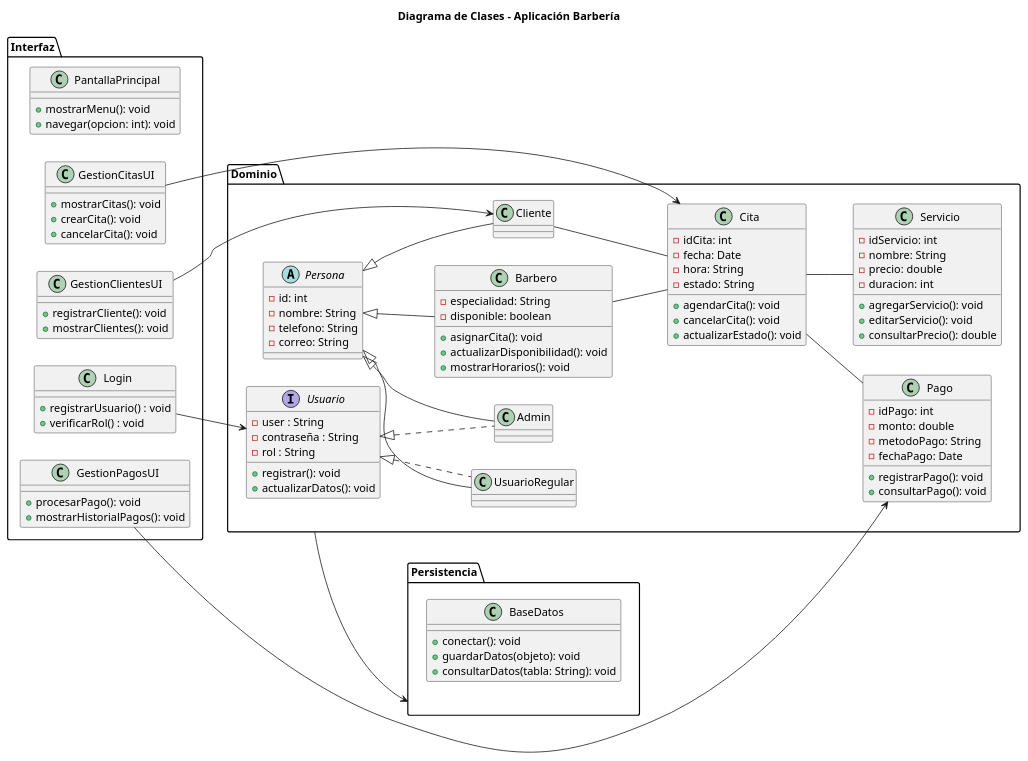
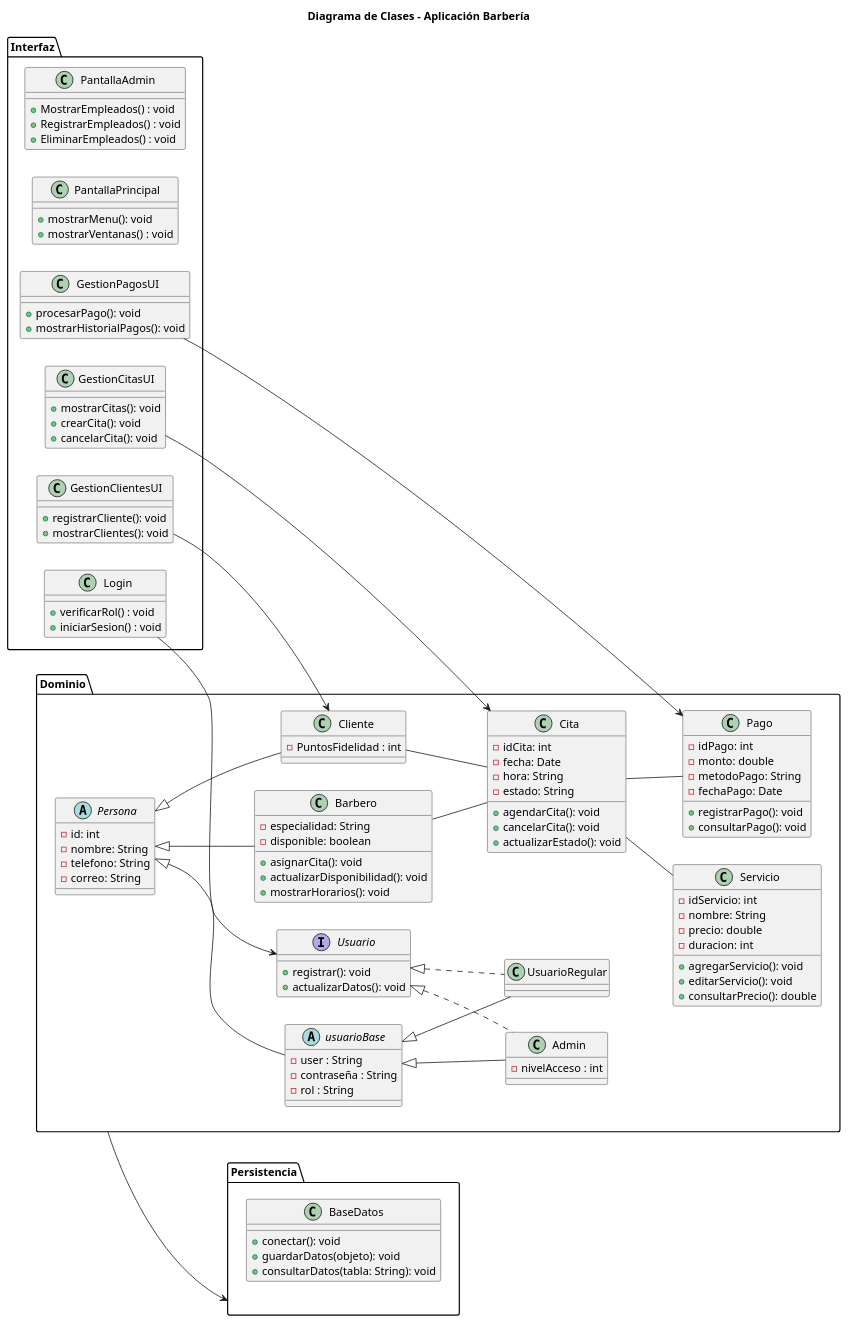
One commit to angeldany521-spec/ProyectoJavaSwing changed the diagram in diagramaBarberia.puml. Above: the diagram before and after it, drawn with PlantUML.

Commit message:
diagrama updated

```diff
--- a/diagramaBarberia.puml
+++ b/diagramaBarberia.puml
@@ -1,124 +1,138 @@
 @startuml
 title Diagrama de Clases - Aplicación Barbería
 
 left to right direction
 ' === Paquete de Interfaz (UI / Presentación) ===
 package "Interfaz" {
+
+	class PantallaAdmin {
+	+ MostrarEmpleados() : void
+	+ RegistrarEmpleados() : void
+	+ EliminarEmpleados() : void
+	}
+
     class PantallaPrincipal {
         + mostrarMenu(): void
-        + navegar(opcion: int): void
+        + mostrarVentanas() : void
     }
 
     class GestionCitasUI {
         + mostrarCitas(): void
         + crearCita(): void
         + cancelarCita(): void
     }
 
     class GestionClientesUI {
         + registrarCliente(): void
         + mostrarClientes(): void
     }
 
     class GestionPagosUI {
         + procesarPago(): void
         + mostrarHistorialPagos(): void
     }
 
     class Login {
-    +registrarUsuario() : void
-    +verificarRol() : void
+    + verificarRol() : void
+    + iniciarSesion() : void
 }
 }
 
 ' === Paquete de Dominio / Lógica ===
 package "Dominio" {
 
     abstract class Persona {
         - id: int
         - nombre: String
         - telefono: String
         - correo: String
         
     }
 
     class Cliente {
-        
+    - PuntosFidelidad : int
     }
 
     class Barbero {
         - especialidad: String
         - disponible: boolean
         + asignarCita(): void
         + actualizarDisponibilidad(): void
         + mostrarHorarios(): void
     }
     
     interface Usuario {
-    - user : String
-    - contraseña : String
-    - rol : String
+    
     + registrar(): void
     + actualizarDatos(): void
 }
+
+	abstract class usuarioBase extends Persona {
+	- user : String
+	- contraseña : String
+	- rol : String
+	}
     
-    class UsuarioRegular extends Persona implements Usuario {}
-    class Admin extends Persona implements Usuario{}
+    class UsuarioRegular extends usuarioBase implements Usuario {
+    }
+    class Admin extends usuarioBase implements Usuario{
+    - nivelAcceso : int
+    }
 
 
     class Cita {
         - idCita: int
         - fecha: Date
         - hora: String
         - estado: String
         + agendarCita(): void
         + cancelarCita(): void
         + actualizarEstado(): void
     }
 
     class Servicio {
         - idServicio: int
         - nombre: String
         - precio: double
         - duracion: int
         + agregarServicio(): void
         + editarServicio(): void
         + consultarPrecio(): double
     }
 
     class Pago {
         - idPago: int
         - monto: double
         - metodoPago: String
         - fechaPago: Date
         + registrarPago(): void
         + consultarPago(): void
     }
 
     ' Herencia
     Persona <|-- Cliente
     Persona <|-- Barbero
 }
 
 ' === Paquete de Persistencia / Datos ===
 package "Persistencia" {
     class BaseDatos {
         + conectar(): void
         + guardarDatos(objeto): void
         + consultarDatos(tabla: String): void
     }
 }
 
 ' === Relaciones internas ===
 Cliente  --  Cita 
 Barbero  --  Cita 
 Cita  --  Pago 
 Cita  --  Servicio  
 
 ' === Relaciones entre paquetes ===
 GestionClientesUI --> Cliente 
 GestionCitasUI --> Cita 
 GestionPagosUI --> Pago 
 Dominio --> Persistencia 
 Login --> Usuario
 @enduml
```
